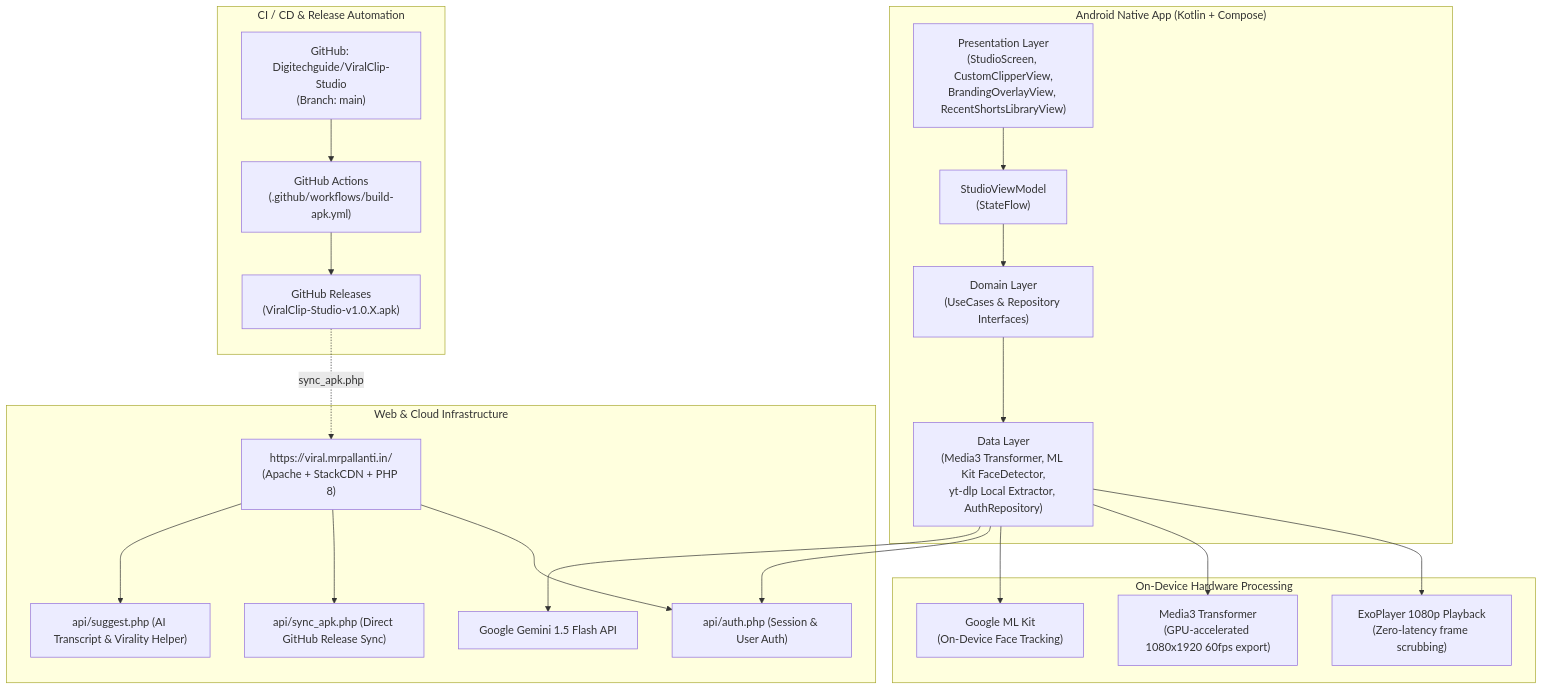
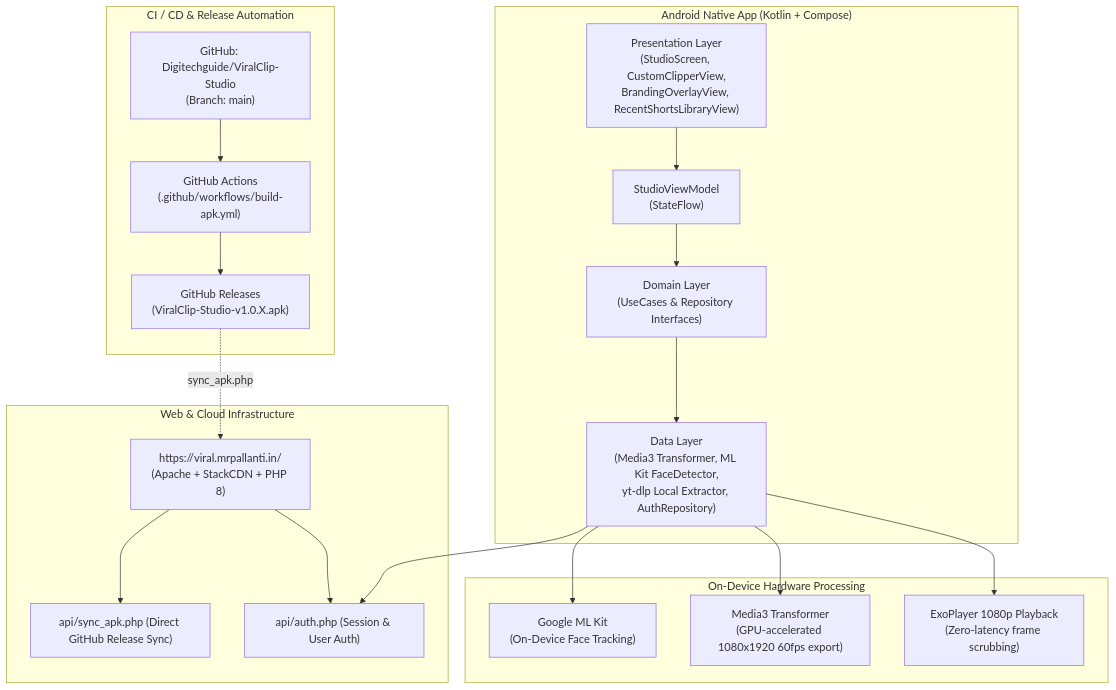
The first of 2 diagrams in PROJECT_ARCHITECTURE_AND_FLOW.md (Digitechguide/ViralClip-Studio), drawn with Mermaid before and after one commit. The commit also changed other lines of this file and 5 other files, not shown here.

````diff
--- a/PROJECT_ARCHITECTURE_AND_FLOW.md
+++ b/PROJECT_ARCHITECTURE_AND_FLOW.md
@@ -24,47 +24,43 @@
 ```mermaid
 flowchart TD
     subgraph Client ["Android Native App (Kotlin + Compose)"]
         UI["Presentation Layer\n(StudioScreen, CustomClipperView,\nBrandingOverlayView, RecentShortsLibraryView)"]
         VM["StudioViewModel\n(StateFlow<StudioUiState>)"]
         Domain["Domain Layer\n(UseCases & Repository Interfaces)"]
         Data["Data Layer\n(Media3 Transformer, ML Kit FaceDetector,\nyt-dlp Local Extractor, AuthRepository)"]
         
         UI --> VM
         VM --> Domain
         Domain --> Data
     end
 
     subgraph Hardware ["On-Device Hardware Processing"]
         ExoPlayer["ExoPlayer 1080p Playback\n(Zero-latency frame scrubbing)"]
         Transformer["Media3 Transformer\n(GPU-accelerated 1080x1920 60fps export)"]
         MLKit["Google ML Kit\n(On-Device Face Tracking)"]
         
         Data --> ExoPlayer
         Data --> Transformer
         Data --> MLKit
     end
 
     subgraph Cloud ["Web & Cloud Infrastructure"]
         Host["https://viral.mrpallanti.in/\n(Apache + StackCDN + PHP 8)"]
         AuthAPI["api/auth.php (Session & User Auth)"]
         SyncAPI["api/sync_apk.php (Direct GitHub Release Sync)"]
-        SuggestAPI["api/suggest.php (AI Transcript & Virality Helper)"]
-        Gemini["Google Gemini 1.5 Flash API"]
         
         Data --> AuthAPI
-        Data --> Gemini
         Host --> AuthAPI
         Host --> SyncAPI
-        Host --> SuggestAPI
     end
 
     subgraph CI_CD ["CI / CD & Release Automation"]
         Repo["GitHub: Digitechguide/ViralClip-Studio\n(Branch: main)"]
         GHA["GitHub Actions\n(.github/workflows/build-apk.yml)"]
         Releases["GitHub Releases\n(ViralClip-Studio-v1.0.X.apk)"]
         
         Repo --> GHA
         GHA --> Releases
         Releases -.->|sync_apk.php| Host
     end
 ```
````
